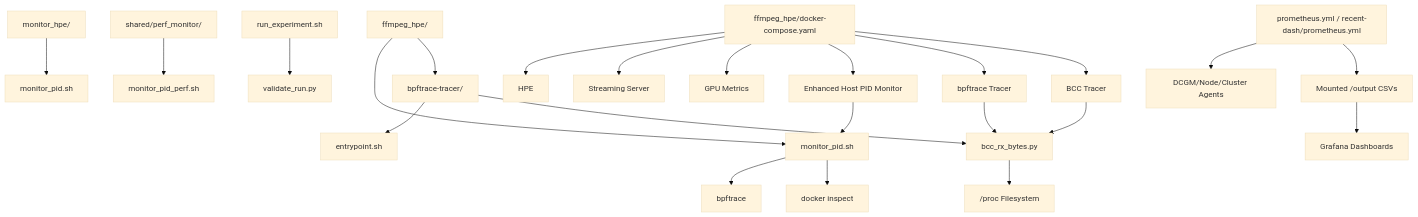
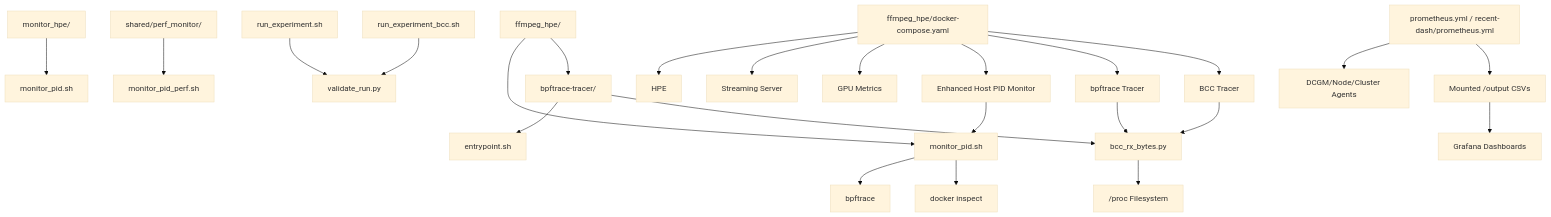
One commit to Fogus-Gr/MeasurementsDTs changed diagram 14 of 15 in .qoder/repowiki/en/content/Monitoring and Analytics/Performance Monitoring.md. Above: the diagram before and after it, drawn with Mermaid (base theme). The commit also changed other lines of this file and 7 other files, not shown here.

````diff
--- a/.qoder/repowiki/en/content/Monitoring and Analytics/Performance Monitoring.md
+++ b/.qoder/repowiki/en/content/Monitoring and Analytics/Performance Monitoring.md
@@ -467,25 +507,26 @@
 ```mermaid
 graph TB
 FH["ffmpeg_hpe/"] --> MON["monitor_pid.sh"]
 FH --> BPF["bpftrace-tracer/"]
 BPF --> ENT["entrypoint.sh"]
 BPF --> BCC["bcc_rx_bytes.py"]
 MH["monitor_hpe/"] --> MON2["monitor_pid.sh"]
 SH["shared/perf_monitor/"] --> MON3["monitor_pid_perf.sh"]
 RE["run_experiment.sh"] --> VALID["validate_run.py"]
+REBCC["run_experiment_bcc.sh"] --> VALID
 DC["ffmpeg_hpe/docker-compose.yaml"] --> HPE["HPE"]
 DC --> STR["Streaming Server"]
 DC --> GPU["GPU Metrics"]
 DC --> PM["Enhanced Host PID Monitor"]
 DC --> BPFTR["bpftrace Tracer"]
 DC --> BCCTR["BCC Tracer"]
 PM --> MON
 BPFTR --> BCC
 BCCTR --> BCC
 MON --> BPFTrace["bpftrace"]
 MON --> DockerInspect["docker inspect"]
 BCC --> ProcFS["/proc Filesystem"]
 PROM["prometheus.yml / recent-dash/prometheus.yml"] --> EXP["DCGM/Node/Cluster Agents"]
 PROM --> OUT["Mounted /output CSVs"]
 OUT --> GRAF["Grafana Dashboards"]
 ```
````
